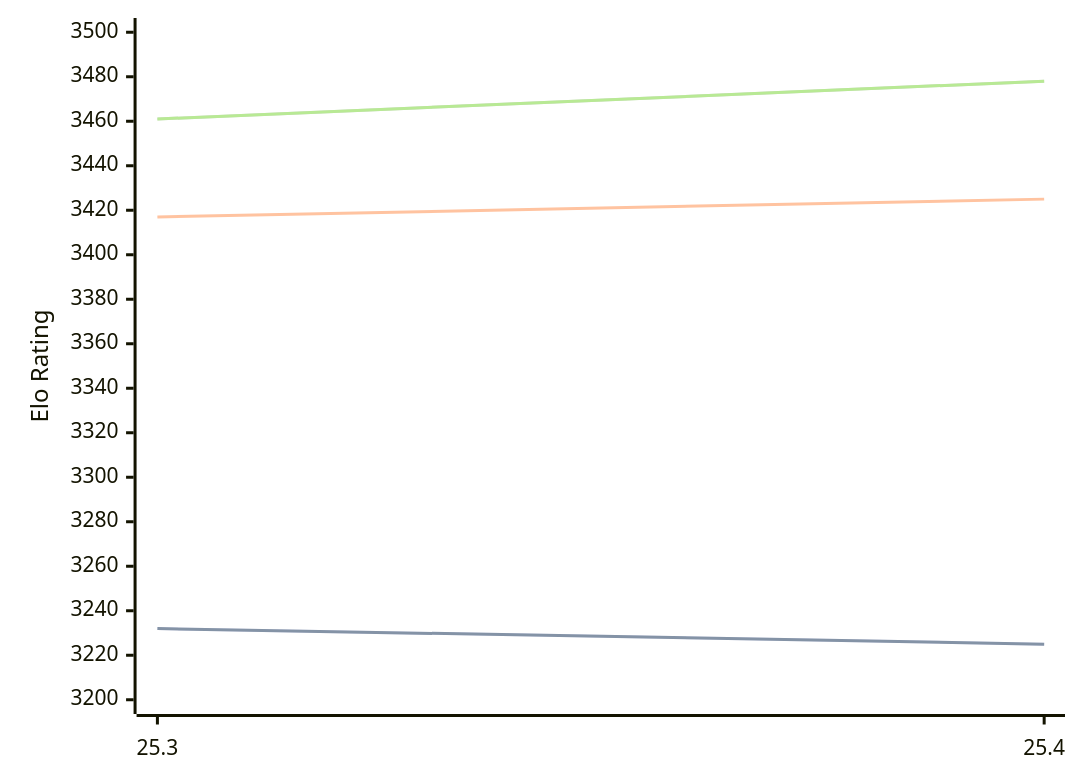
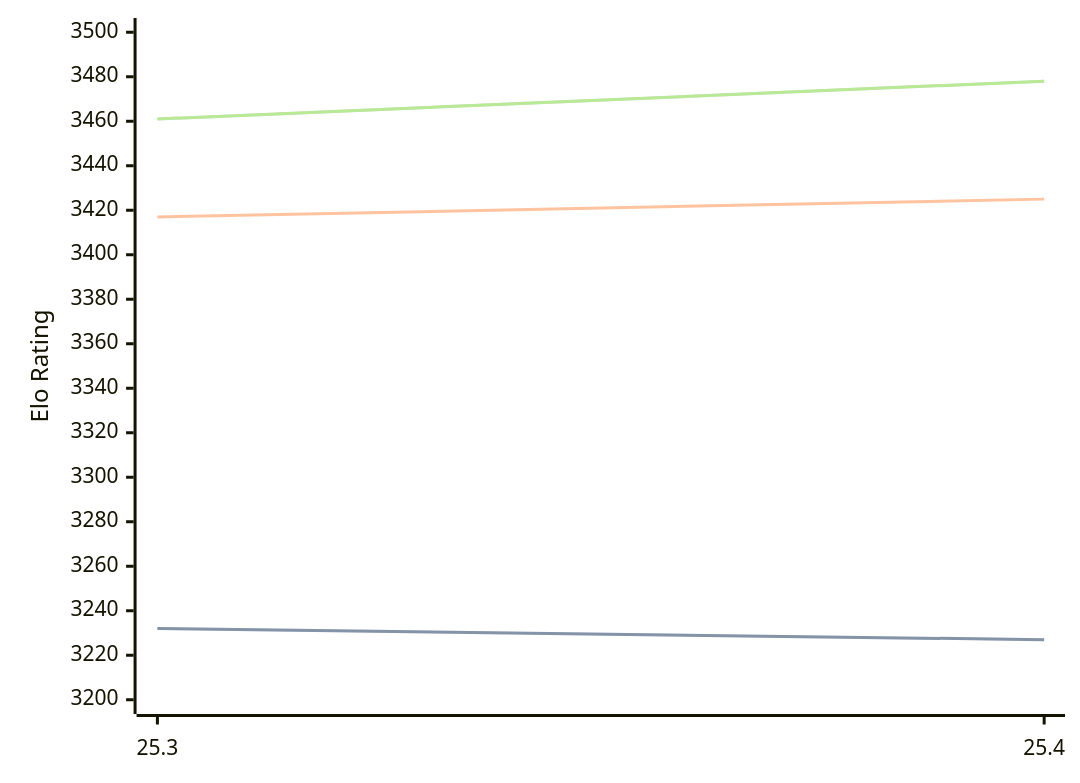
One commit to computer-chess-index/cci changed the third of 3 diagrams in engines/Arasan.md. Above: the diagram before and after it, drawn with Mermaid. The commit also changed other lines of this file, not shown here.

````diff
--- a/engines/Arasan.md
+++ b/engines/Arasan.md
@@ -66,11 +66,11 @@
 ```mermaid
 %%{init: {"theme":"base","themeVariables":{"seriesColors:['#a3a3a3','#222221','#faa371']}}}%%
 xychart-beta
   x-axis ["25.3", "25.4"]
   y-axis "Elo Rating" 3200 --> 3500
-  line "STC (8.0+0.08s)" [3232, 3225]
-  line "STC (8.0+0.08s)" [3232, 3225]
+  line "STC (8.0+0.08s)" [3232, 3227]
+  line "STC (8.0+0.08s)" [3232, 3227]
   line "LTC (60.0+0.60s)" [3417, 3425]
   line "VLTC (2m24s+1.12s)" [3461, 3478]
   line "VLTC (2m24s+1.12s)" [3461, 3478]
 ```
````
